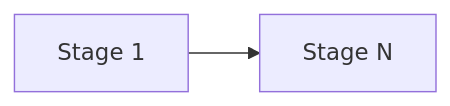
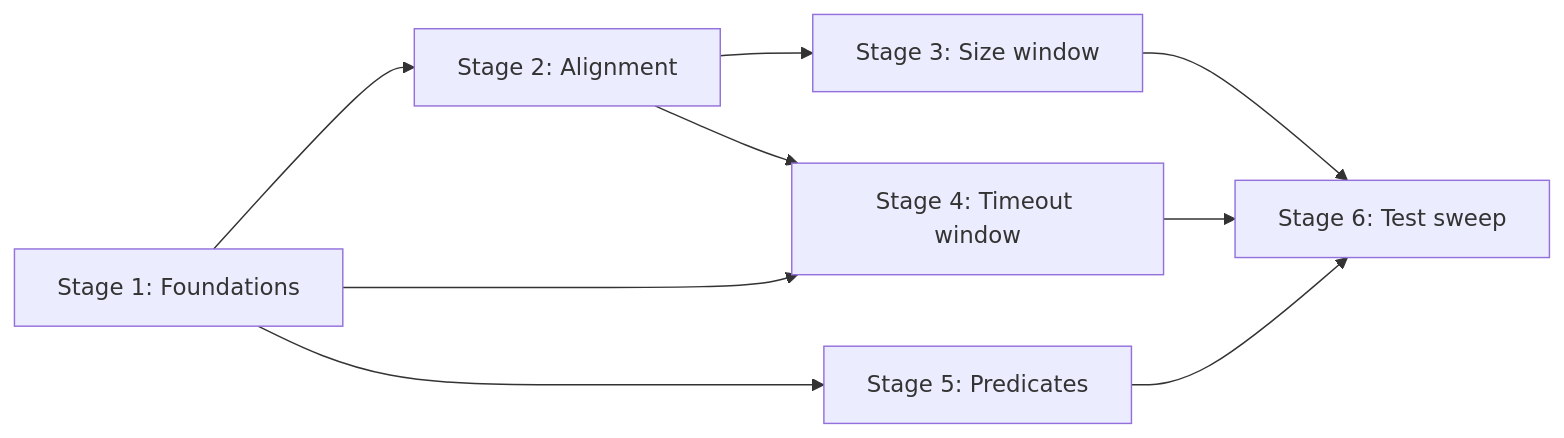
One commit to KolesnikMichael/yoda-chat-bot changed the diagram in doc/backlog/TASK-003-compression-window-algorithms-core/plan.md. Above: the diagram before and after it, drawn with Mermaid. The commit also changed other lines of this file and 10 other files, not shown here.

````diff
--- a/doc/backlog/TASK-003-compression-window-algorithms-core/plan.md
+++ b/doc/backlog/TASK-003-compression-window-algorithms-core/plan.md
@@ -84,4 +170,11 @@
 ```mermaid
 graph LR
-    S1[Stage 1] --> S2[Stage N]
+    S1[Stage 1: Foundations] --> S2[Stage 2: Alignment]
+    S2 --> S3[Stage 3: Size window]
+    S1 --> S4[Stage 4: Timeout window]
+    S2 --> S4
+    S1 --> S5[Stage 5: Predicates]
+    S3 --> S6[Stage 6: Test sweep]
+    S4 --> S6
+    S5 --> S6
 ```
````
